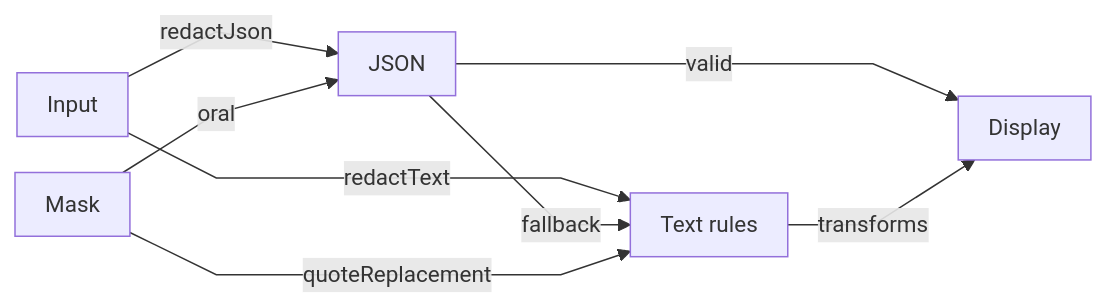
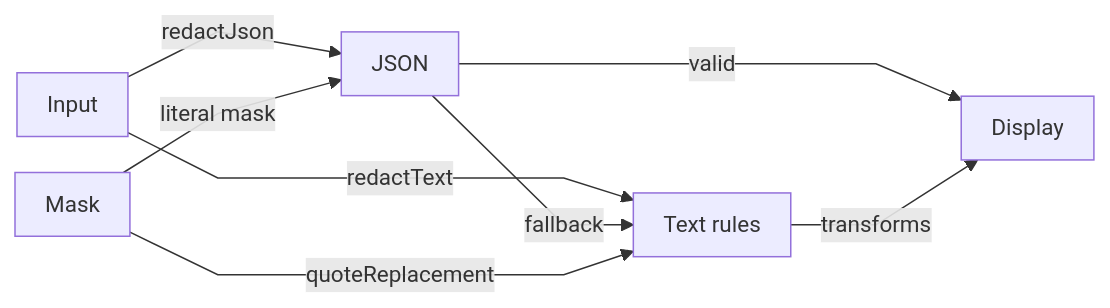
Before and after one commit to crististefanita/atf_j0: the diagram in atf-core/src/main/java/atf/core/security/README.md, drawn with Mermaid. The commit also changed other lines of this file and 10 other files, not shown here.

````diff
--- a/atf-core/src/main/java/atf/core/security/README.md
+++ b/atf-core/src/main/java/atf/core/security/README.md
@@ -28,11 +28,11 @@
 ```mermaid
 %%{init: {"themeVariables":{"fontSize":"15px"},"themeCSS":".nodeLabel, .nodeLabel p { font-size: 15px !important; line-height: 1.35 !important; } .edgeLabel, .edgeLabel p { font-size: 12px !important; font-weight: 400 !important; line-height: 1.2 !important; } .edgeLabel .labelBkg, .edgeLabel p { background: transparent !important; } .edgeLabel foreignObject { transform: translateY(-18px); overflow: visible; } .node rect { rx: 6px; ry: 6px; }","flowchart":{"curve":"linear","nodeSpacing":24,"rankSpacing":40,"padding":10,"diagramPadding":16}}}%%
 flowchart LR
     Input["Input"] -->|redactJson| Json["JSON"]
     Input -->|redactText| Text["Text rules"]
     Json -->|fallback| Text
     Json -->|valid| Output["Display"]
     Text -->|transforms| Output
-    Mask["Mask"] -->|oral| Json
+    Mask["Mask"] -->|literal mask| Json
     Mask -->|quoteReplacement| Text
 ```
````
